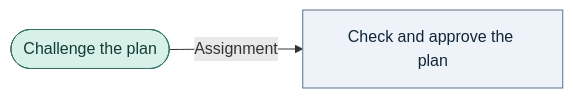
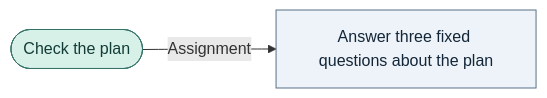
The diagram in docs/graph/blueprint/views/workers/checker.mmd (bookout-labs/tools), drawn with Mermaid before and after one commit. The commit also changed 22 other files, not shown here.

Commit message:
Ask fixed plan check questions and require evidence to redraft (#461)

```diff
--- a/docs/graph/blueprint/views/workers/checker.mmd
+++ b/docs/graph/blueprint/views/workers/checker.mmd
@@ -1,9 +1,9 @@
 flowchart LR
-    n0(["Challenge the plan"]):::worker
-    n1["Check and approve the plan"]:::step
+    n0(["Check the plan"]):::worker
+    n1["Answer three fixed questions about the plan"]:::step
     n0 -->|"Assignment"| n1
     classDef stage fill:#dcebf8,stroke:#315675,color:#10283b
     classDef step fill:#edf3f8,stroke:#597187,color:#132638
     classDef worker fill:#d7f0e8,stroke:#357369,color:#133c36
     classDef gate fill:#fff0c9,stroke:#89641f,color:#3f2b0b
     classDef terminal fill:#f0f0f0,stroke:#666666,color:#202020
```
